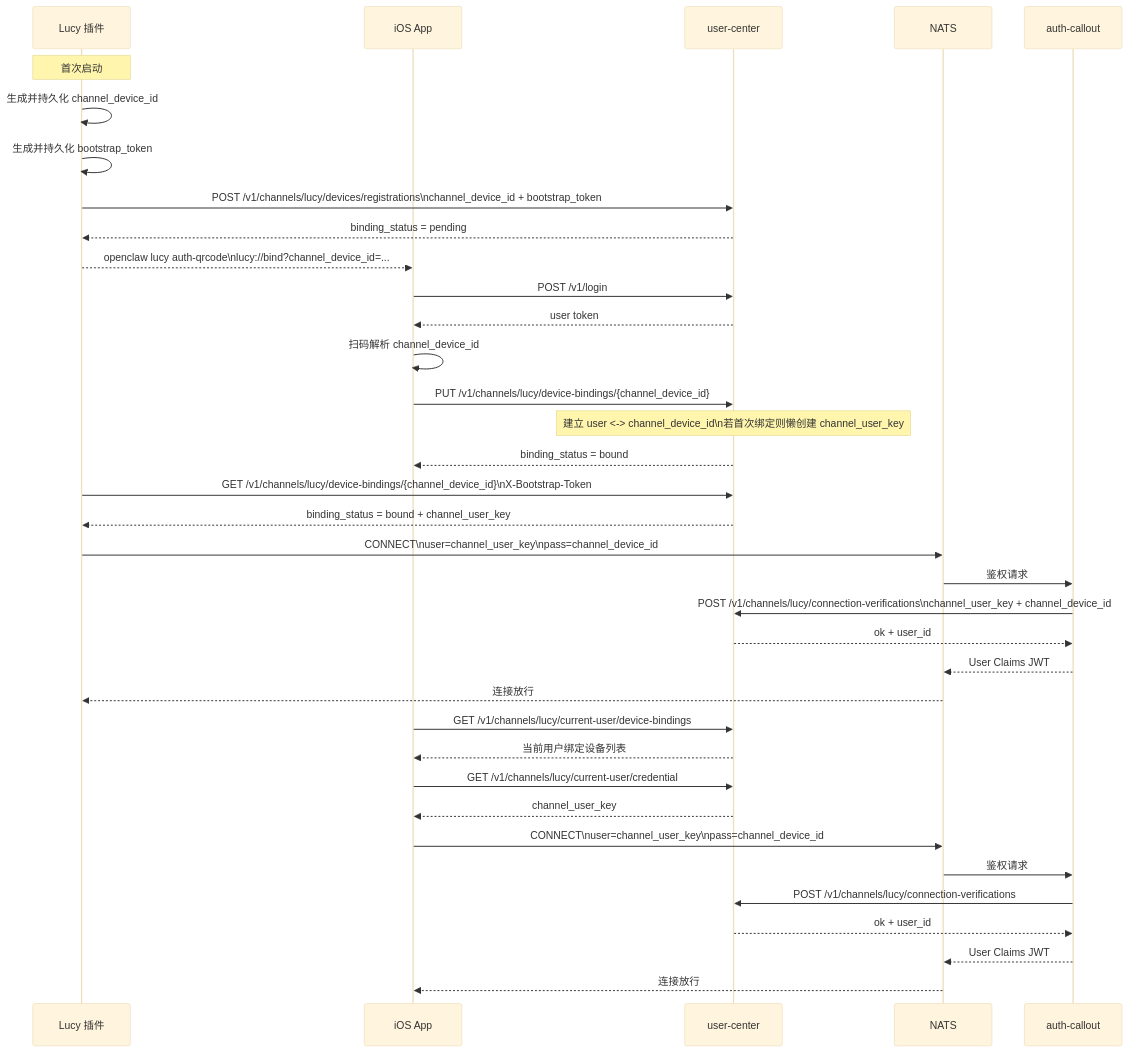
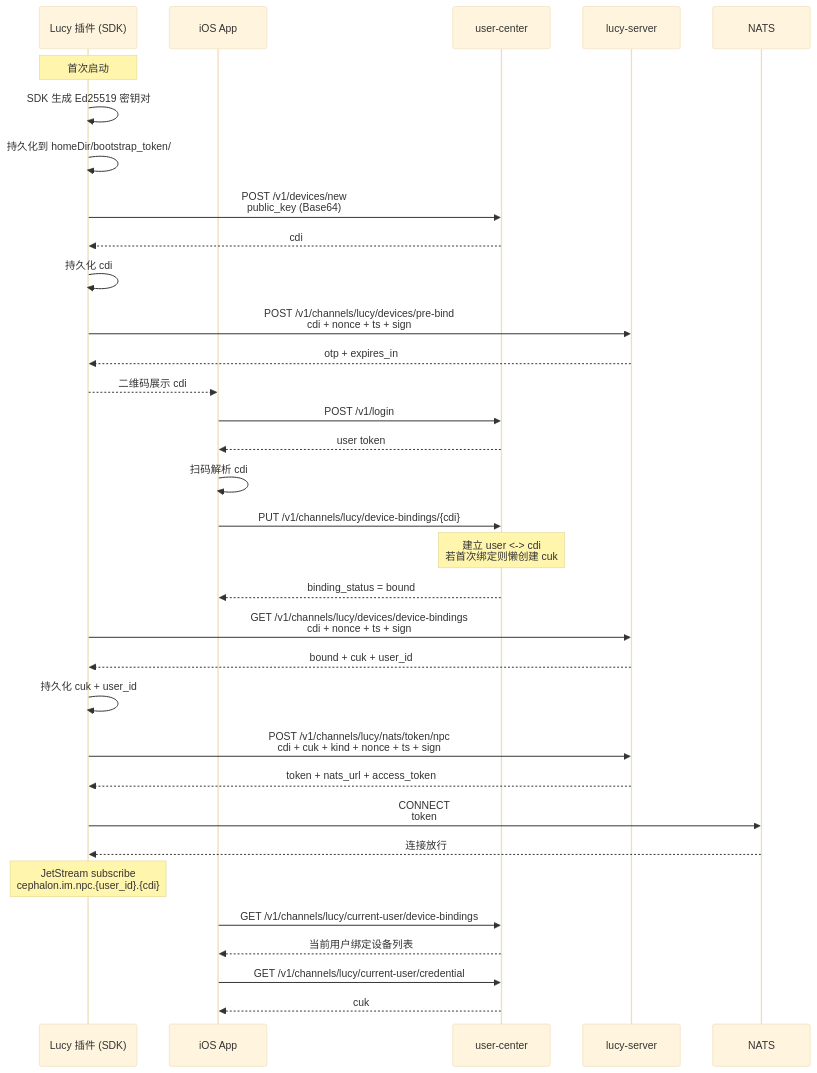
One commit to HzTTT/lucy changed the diagram in doc/auth-binding/integrated-flow.md. Above: the diagram before and after it, drawn with Mermaid (base theme). The commit also changed other lines of this file and 38 other files, not shown here.

First line of the commit message:
feat(lucy): replace auth/binding/messaging with lucy-im-sdk-nodejs

````diff
--- a/doc/auth-binding/integrated-flow.md
+++ b/doc/auth-binding/integrated-flow.md
@@ -345,47 +193,46 @@
 ```mermaid
 sequenceDiagram
-    participant Plugin as Lucy 插件
+    participant Plugin as Lucy 插件 (SDK)
     participant App as iOS App
     participant UC as user-center
+    participant LS as lucy-server
     participant NATS as NATS
-    participant Auth as auth-callout
 
     Note over Plugin: 首次启动
-    Plugin->>Plugin: 生成并持久化 channel_device_id
-    Plugin->>Plugin: 生成并持久化 bootstrap_token
+    Plugin->>Plugin: SDK 生成 Ed25519 密钥对
+    Plugin->>Plugin: 持久化到 homeDir/bootstrap_token/
 
-    Plugin->>UC: POST /v1/channels/lucy/devices/registrations\nchannel_device_id + bootstrap_token
-    UC-->>Plugin: binding_status = pending
+    Plugin->>UC: POST /v1/devices/new<br/>public_key (Base64)
+    UC-->>Plugin: cdi
+    Plugin->>Plugin: 持久化 cdi
 
-    Plugin-->>App: openclaw lucy auth-qrcode\nlucy://bind?channel_device_id=...
+    Plugin->>LS: POST /v1/channels/lucy/devices/pre-bind<br/>cdi + nonce + ts + sign
+    LS-->>Plugin: otp + expires_in
+
+    Plugin-->>App: 二维码展示 cdi
 
     App->>UC: POST /v1/login
     UC-->>App: user token
 
-    App->>App: 扫码解析 channel_device_id
-    App->>UC: PUT /v1/channels/lucy/device-bindings/{channel_device_id}
-    Note over UC: 建立 user <-> channel_device_id\n若首次绑定则懒创建 channel_user_key
+    App->>App: 扫码解析 cdi
+    App->>UC: PUT /v1/channels/lucy/device-bindings/{cdi}
+    Note over UC: 建立 user <-> cdi<br/>若首次绑定则懒创建 cuk
     UC-->>App: binding_status = bound
 
-    Plugin->>UC: GET /v1/channels/lucy/device-bindings/{channel_device_id}\nX-Bootstrap-Token
-    UC-->>Plugin: binding_status = bound + channel_user_key
+    Plugin->>LS: GET /v1/channels/lucy/devices/device-bindings<br/>cdi + nonce + ts + sign
+    LS-->>Plugin: bound + cuk + user_id
+    Plugin->>Plugin: 持久化 cuk + user_id
 
-    Plugin->>NATS: CONNECT\nuser=channel_user_key\npass=channel_device_id
-    NATS->>Auth: 鉴权请求
-    Auth->>UC: POST /v1/channels/lucy/connection-verifications\nchannel_user_key + channel_device_id
-    UC-->>Auth: ok + user_id
-    Auth-->>NATS: User Claims JWT
+    Plugin->>LS: POST /v1/channels/lucy/nats/token/npc<br/>cdi + cuk + kind + nonce + ts + sign
+    LS-->>Plugin: token + nats_url + access_token
+
+    Plugin->>NATS: CONNECT<br/>token
     NATS-->>Plugin: 连接放行
+
+    Note over Plugin: JetStream subscribe<br/>cephalon.im.npc.{user_id}.{cdi}
 
     App->>UC: GET /v1/channels/lucy/current-user/device-bindings
     UC-->>App: 当前用户绑定设备列表
     App->>UC: GET /v1/channels/lucy/current-user/credential
-    UC-->>App: channel_user_key
-
-    App->>NATS: CONNECT\nuser=channel_user_key\npass=channel_device_id
-    NATS->>Auth: 鉴权请求
-    Auth->>UC: POST /v1/channels/lucy/connection-verifications
-    UC-->>Auth: ok + user_id
-    Auth-->>NATS: User Claims JWT
-    NATS-->>App: 连接放行
+    UC-->>App: cuk
 ```
````
